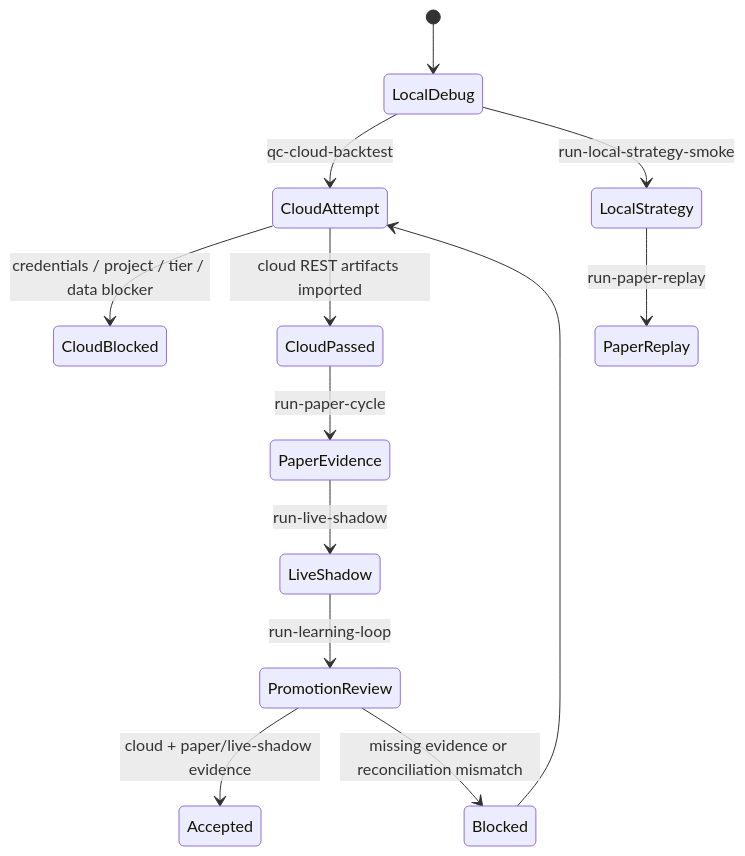
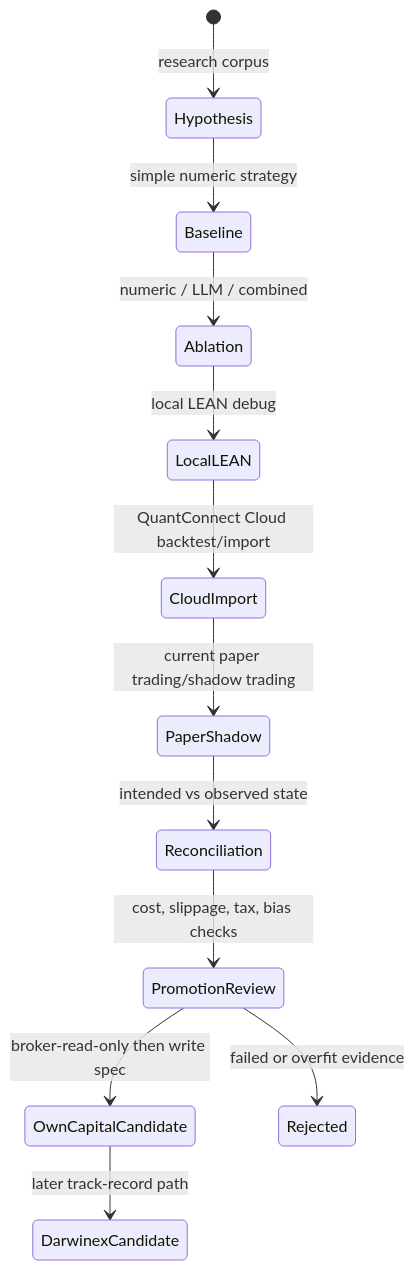
The second of 2 diagrams in README.md (gigio1023/lincei-quant-research-engine), drawn with Mermaid before and after one commit. The commit also changed other lines of this file and 206 other files, not shown here.

First line of the commit message:
Add capital evidence CLI runtime (#23)

````diff
--- a/README.md
+++ b/README.md
@@ -43,15 +73,14 @@
 ```mermaid
 stateDiagram-v2
-    [*] --> LocalDebug
-    LocalDebug --> CloudAttempt: qc-cloud-backtest
-    CloudAttempt --> CloudBlocked: credentials / project / tier / data blocker
-    CloudAttempt --> CloudPassed: cloud REST artifacts imported
-    CloudPassed --> PaperEvidence: run-paper-cycle
-    LocalDebug --> LocalStrategy: run-local-strategy-smoke
-    LocalStrategy --> PaperReplay: run-paper-replay
-    PaperEvidence --> LiveShadow: run-live-shadow
-    LiveShadow --> PromotionReview: run-learning-loop
-    PromotionReview --> Accepted: cloud + paper/live-shadow evidence
-    PromotionReview --> Blocked: missing evidence or reconciliation mismatch
-    Blocked --> CloudAttempt
+    [*] --> Hypothesis: research corpus
+    Hypothesis --> Baseline: simple numeric strategy
+    Baseline --> Ablation: numeric / LLM / combined
+    Ablation --> LocalLEAN: local LEAN debug
+    LocalLEAN --> CloudImport: QuantConnect Cloud backtest/import
+    CloudImport --> PaperShadow: current paper trading/shadow trading
+    PaperShadow --> Reconciliation: intended vs observed state
+    Reconciliation --> PromotionReview: cost, slippage, tax, bias checks
+    PromotionReview --> OwnCapitalCandidate: broker-read-only then write spec
+    PromotionReview --> Rejected: failed or overfit evidence
+    OwnCapitalCandidate --> DarwinexCandidate: later track-record path
 ```
````
